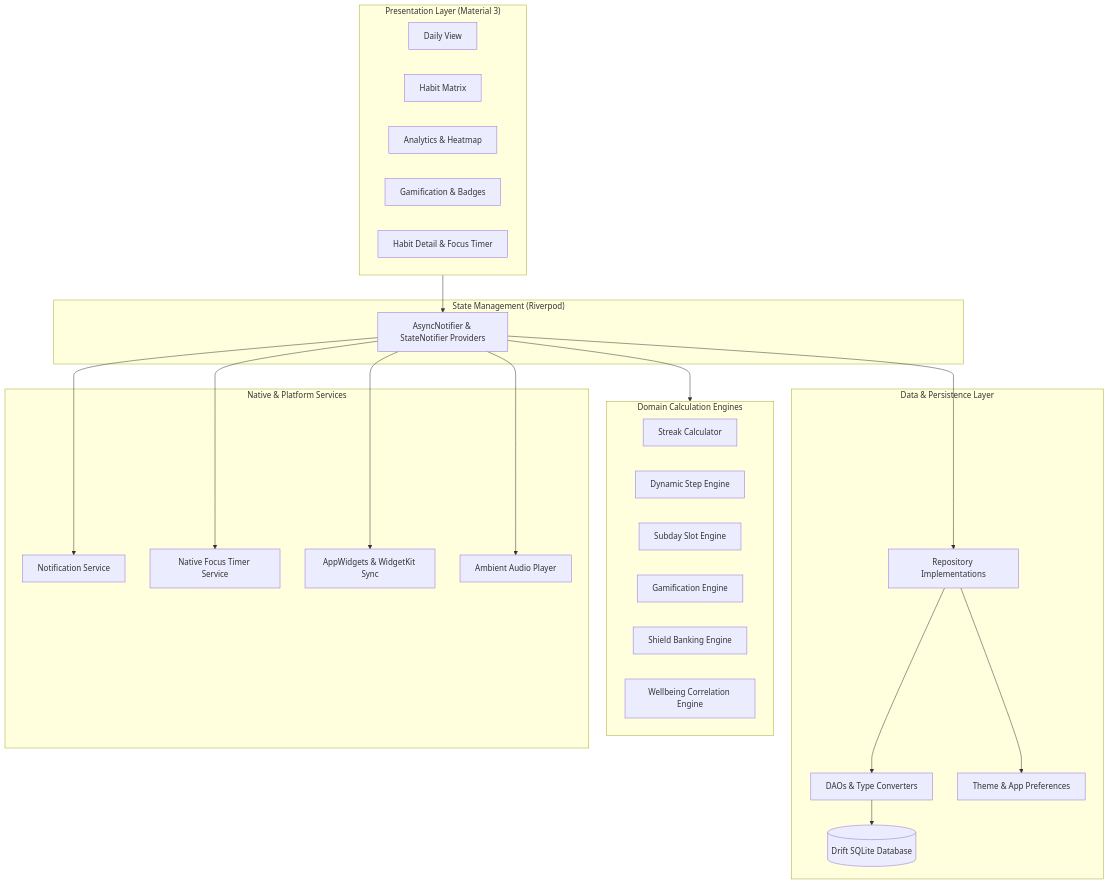
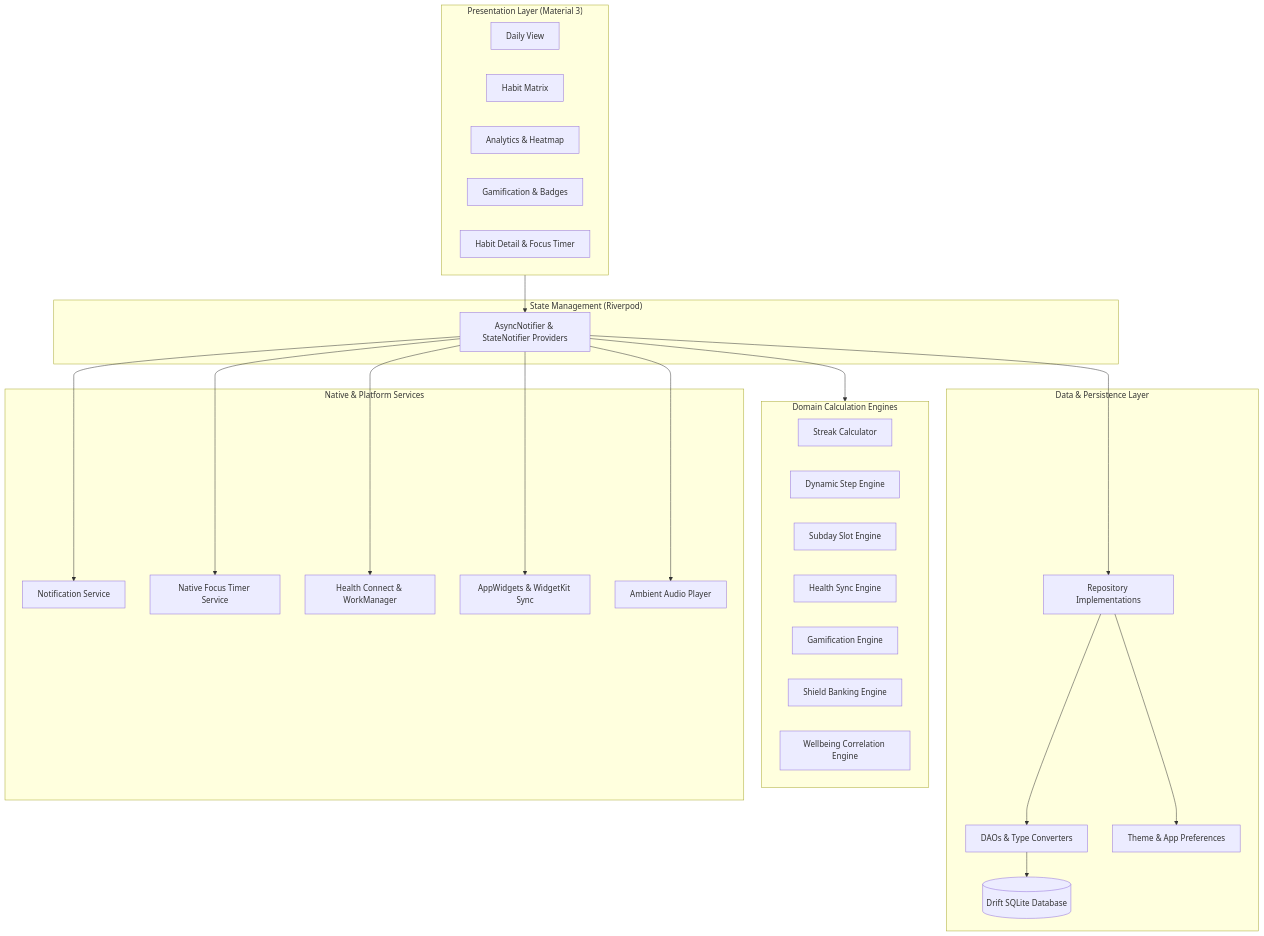
The first of 2 diagrams in README.md (Hari31416/habit-tracker), drawn with Mermaid before and after one commit. The commit also changed other lines of this file and 5 other files, not shown here.

First line of the commit message:
docs(frontend): add health connect guides and screenshots

````diff
--- a/README.md
+++ b/README.md
@@ -9,48 +9,51 @@
 ```mermaid
 graph TD
     subgraph UI ["Presentation Layer (Material 3)"]
         Daily["Daily View"]
         Matrix["Habit Matrix"]
         Analytics["Analytics & Heatmap"]
         Badges["Gamification & Badges"]
         Detail["Habit Detail & Focus Timer"]
     end
 
     subgraph State ["State Management (Riverpod)"]
         Providers["AsyncNotifier & StateNotifier Providers"]
     end
 
     subgraph Domain ["Domain Calculation Engines"]
         Streak["Streak Calculator"]
         StepEngine["Dynamic Step Engine"]
         SlotEngine["Subday Slot Engine"]
+        HealthSync["Health Sync Engine"]
         Gamify["Gamification Engine"]
         Shield["Shield Banking Engine"]
         Wellbeing["Wellbeing Correlation Engine"]
     end
 
     subgraph Data ["Data & Persistence Layer"]
         Repo["Repository Implementations"]
         DB[("Drift SQLite Database")]
         DAOs["DAOs & Type Converters"]
         Prefs["Theme & App Preferences"]
     end
 
     subgraph Platform ["Native & Platform Services"]
         Notif["Notification Service"]
         TimerSvc["Native Focus Timer Service"]
+        HealthSvc["Health Connect & WorkManager"]
         Widgets["AppWidgets & WidgetKit Sync"]
         Audio["Ambient Audio Player"]
     end
 
     UI --> Providers
     Providers --> Domain
     Providers --> Repo
     Repo --> DAOs
     DAOs --> DB
     Repo --> Prefs
     Providers --> Notif
     Providers --> TimerSvc
+    Providers --> HealthSvc
     Providers --> Widgets
     Providers --> Audio
 ```
````
